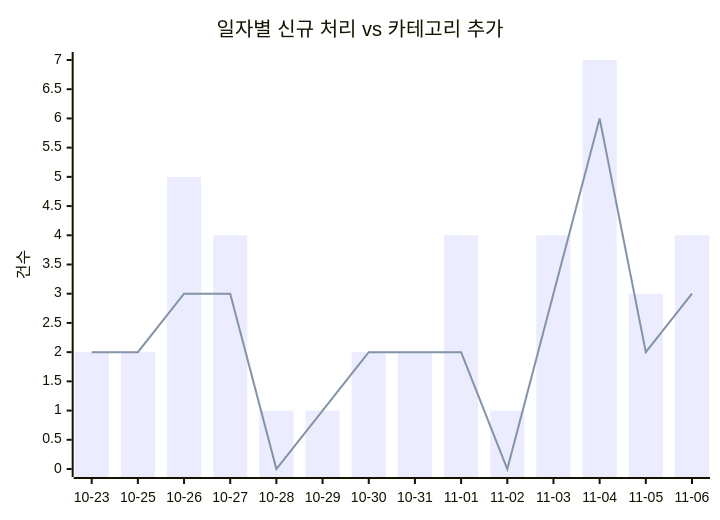
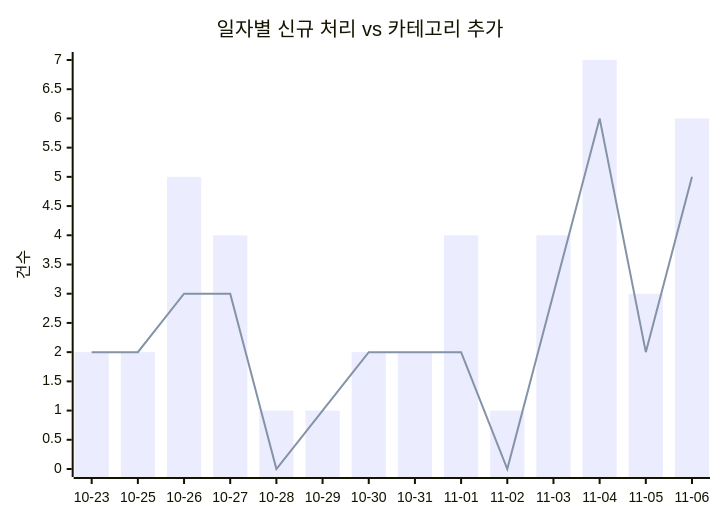
One commit to J-nowcow/awesome-korean-agent-skills changed the first of 2 diagrams in docs/trends.md. Above: the diagram before and after it, drawn with Mermaid. The commit also changed other lines of this file and 5 other files, not shown here.

````diff
--- a/docs/trends.md
+++ b/docs/trends.md
@@ -32,8 +32,8 @@
 ```mermaid
 xychart-beta
     title "일자별 신규 처리 vs 카테고리 추가"
     x-axis ["10-23","10-25","10-26","10-27","10-28","10-29","10-30","10-31","11-01","11-02","11-03","11-04","11-05","11-06"]
     y-axis "건수"
-    bar [2,2,5,4,1,1,2,2,4,1,4,7,3,4]
-    line [2,2,3,3,0,1,2,2,2,0,3,6,2,3]
+    bar [2,2,5,4,1,1,2,2,4,1,4,7,3,6]
+    line [2,2,3,3,0,1,2,2,2,0,3,6,2,5]
 ```
````
